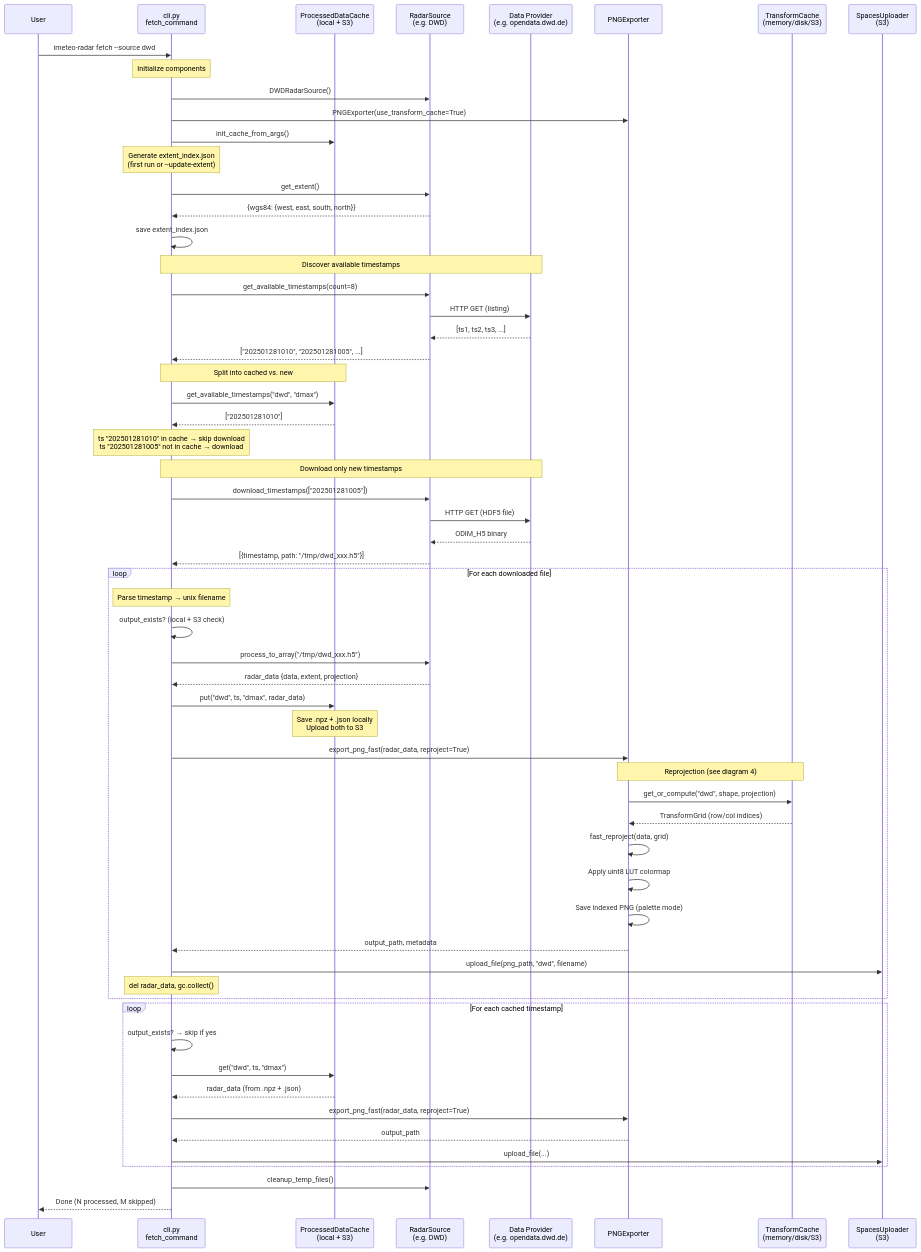
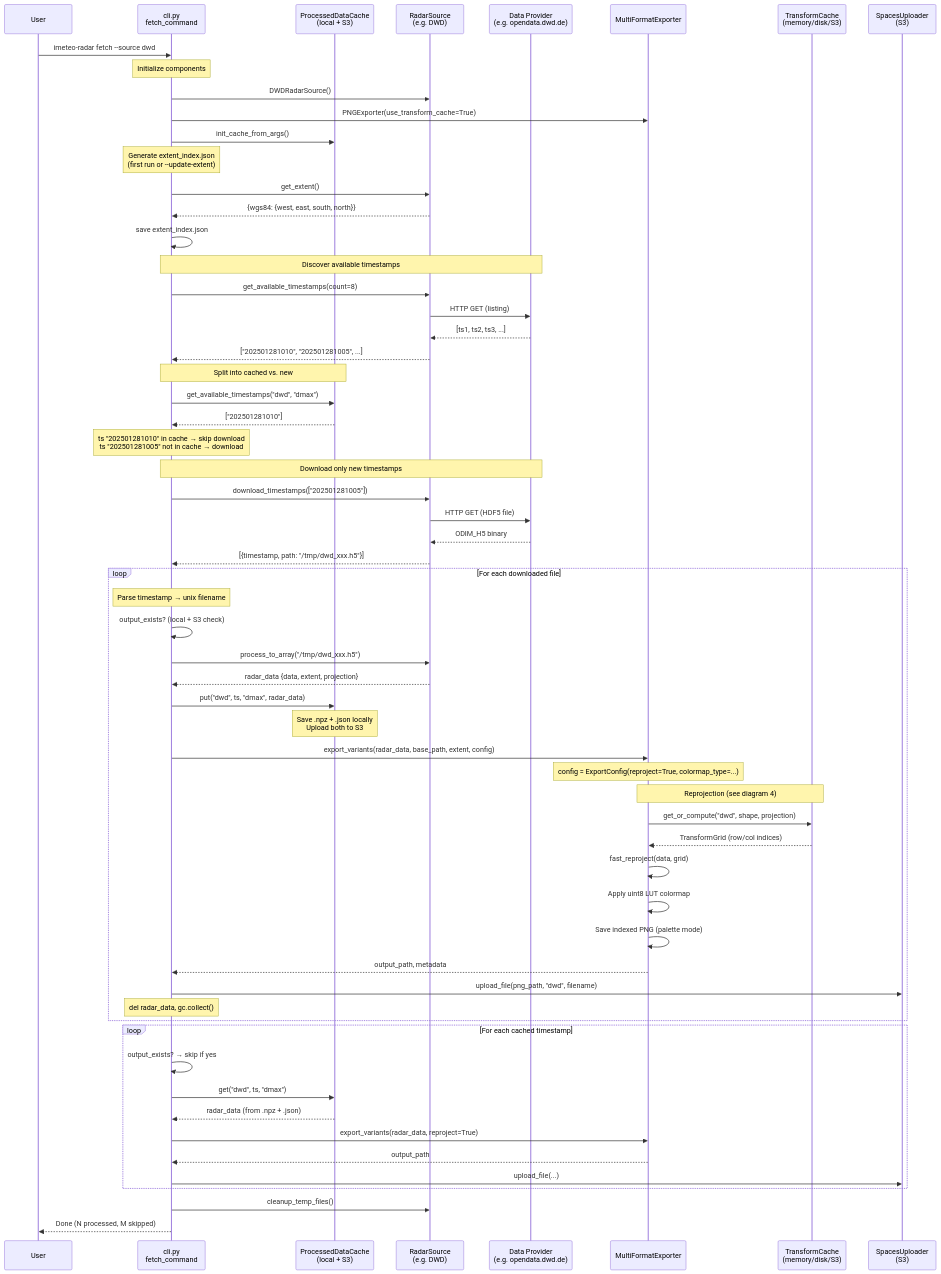
One commit to franko14/radar-shmu changed the first of 13 diagrams in docs/data-flow.md. Above: the diagram before and after it, drawn with Mermaid. The commit also changed other lines of this file and 4 other files, not shown here.

````diff
--- a/docs/data-flow.md
+++ b/docs/data-flow.md
@@ -11,77 +11,78 @@
 ```mermaid
 sequenceDiagram
     participant User
     participant CLI as cli.py<br/>fetch_command
     participant Cache as ProcessedDataCache<br/>(local + S3)
     participant Source as RadarSource<br/>(e.g. DWD)
     participant Provider as Data Provider<br/>(e.g. opendata.dwd.de)
-    participant Exporter as PNGExporter
+    participant Exporter as MultiFormatExporter
     participant TCache as TransformCache<br/>(memory/disk/S3)
     participant Upload as SpacesUploader<br/>(S3)
 
     User->>CLI: imeteo-radar fetch --source dwd
 
     Note over CLI: Initialize components
     CLI->>Source: DWDRadarSource()
     CLI->>Exporter: PNGExporter(use_transform_cache=True)
     CLI->>Cache: init_cache_from_args()
 
     Note over CLI: Generate extent_index.json<br/>(first run or --update-extent)
     CLI->>Source: get_extent()
     Source-->>CLI: {wgs84: {west, east, south, north}}
     CLI->>CLI: save extent_index.json
 
     Note over CLI,Provider: Discover available timestamps
     CLI->>Source: get_available_timestamps(count=8)
     Source->>Provider: HTTP GET (listing)
     Provider-->>Source: [ts1, ts2, ts3, ...]
     Source-->>CLI: ["202501281010", "202501281005", ...]
 
     Note over CLI,Cache: Split into cached vs. new
     CLI->>Cache: get_available_timestamps("dwd", "dmax")
     Cache-->>CLI: ["202501281010"]
 
     Note over CLI: ts "202501281010" in cache → skip download<br/>ts "202501281005" not in cache → download
 
     Note over CLI,Provider: Download only new timestamps
     CLI->>Source: download_timestamps(["202501281005"])
     Source->>Provider: HTTP GET (HDF5 file)
     Provider-->>Source: ODIM_H5 binary
     Source-->>CLI: [{timestamp, path: "/tmp/dwd_xxx.h5"}]
 
     loop For each downloaded file
         Note over CLI: Parse timestamp → unix filename
         CLI->>CLI: output_exists? (local + S3 check)
 
         CLI->>Source: process_to_array("/tmp/dwd_xxx.h5")
         Source-->>CLI: radar_data {data, extent, projection}
 
         CLI->>Cache: put("dwd", ts, "dmax", radar_data)
         Note over Cache: Save .npz + .json locally<br/>Upload both to S3
 
-        CLI->>Exporter: export_png_fast(radar_data, reproject=True)
+        CLI->>Exporter: export_variants(radar_data, base_path, extent, config)
+        Note over Exporter: config = ExportConfig(reproject=True, colormap_type=...)
         Note over Exporter,TCache: Reprojection (see diagram 4)
         Exporter->>TCache: get_or_compute("dwd", shape, projection)
         TCache-->>Exporter: TransformGrid (row/col indices)
         Exporter->>Exporter: fast_reproject(data, grid)
         Exporter->>Exporter: Apply uint8 LUT colormap
         Exporter->>Exporter: Save indexed PNG (palette mode)
         Exporter-->>CLI: output_path, metadata
 
         CLI->>Upload: upload_file(png_path, "dwd", filename)
 
         Note over CLI: del radar_data, gc.collect()
     end
 
     loop For each cached timestamp
         CLI->>CLI: output_exists? → skip if yes
         CLI->>Cache: get("dwd", ts, "dmax")
         Cache-->>CLI: radar_data (from .npz + .json)
-        CLI->>Exporter: export_png_fast(radar_data, reproject=True)
+        CLI->>Exporter: export_variants(radar_data, reproject=True)
         Exporter-->>CLI: output_path
         CLI->>Upload: upload_file(...)
     end
 
     CLI->>Source: cleanup_temp_files()
     CLI-->>User: Done (N processed, M skipped)
 ```
````
